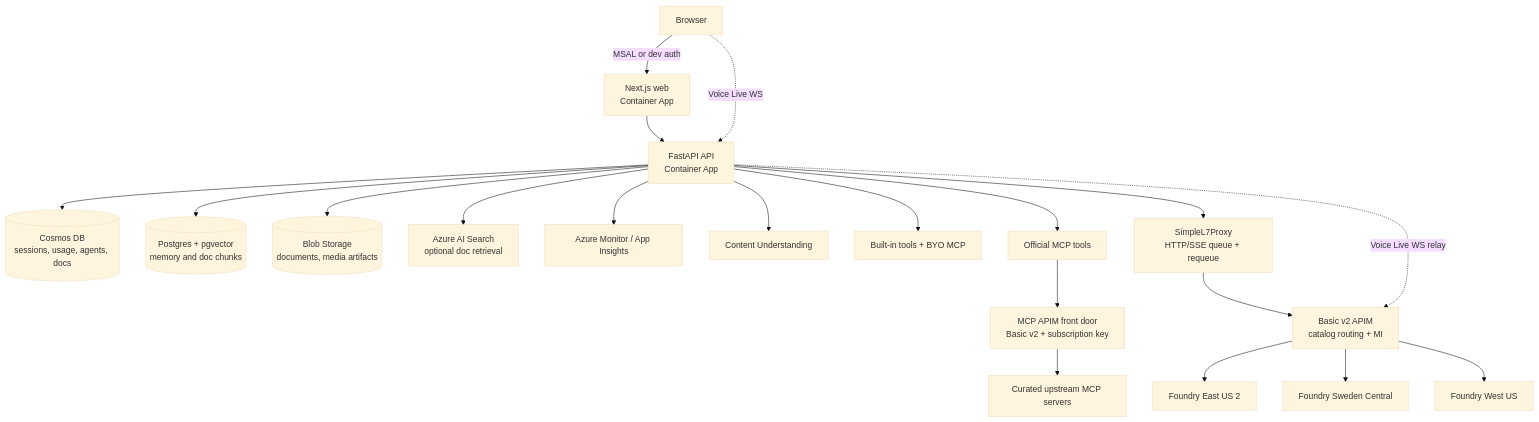
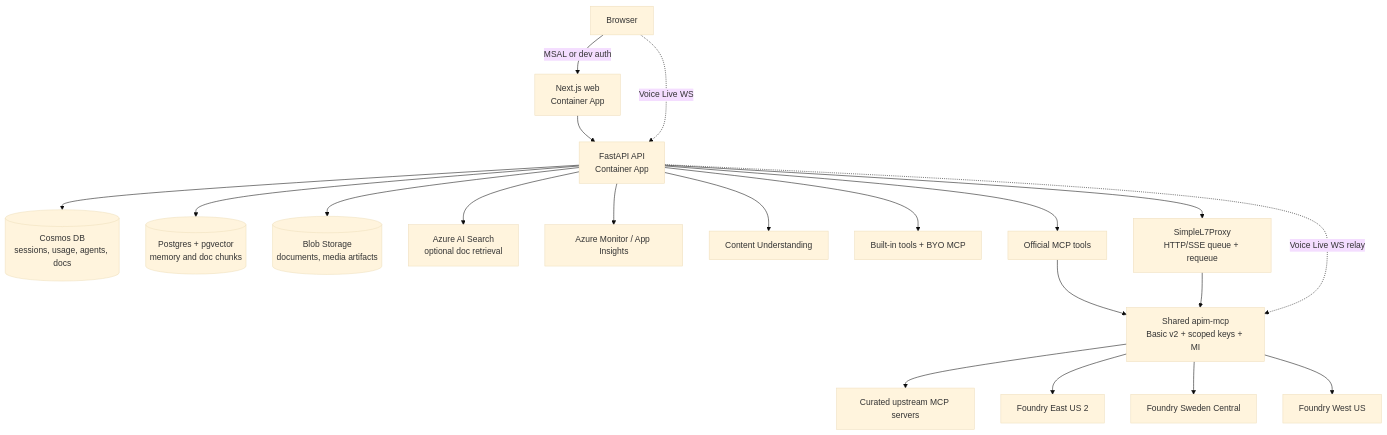
One commit to ian-t-adams/AI4IA changed the first of 5 diagrams in docs/architecture.md. Above: the diagram before and after it, drawn with Mermaid (base theme). The commit also changed other lines of this file and 24 other files, not shown here.

Commit message:
Fix shared Basic v2 APIM consolidation

````diff
--- a/docs/architecture.md
+++ b/docs/architecture.md
@@ -12,22 +12,22 @@
 ```mermaid
 flowchart TB
   User[Browser] -->|MSAL or dev auth| Web[Next.js web<br/>Container App]
   Web --> API[FastAPI API<br/>Container App]
   User -. Voice Live WS .-> API
   API --> Cosmos[(Cosmos DB<br/>sessions, usage, agents, docs)]
   API --> Pg[(Postgres + pgvector<br/>memory and doc chunks)]
   API --> Blob[(Blob Storage<br/>documents, media artifacts)]
   API --> Search[Azure AI Search<br/>optional doc retrieval]
   API --> Monitor[Azure Monitor / App Insights]
   API --> CU[Content Understanding]
   API --> Tools[Built-in tools + BYO MCP]
   API --> OffMCP[Official MCP tools]
-  OffMCP --> MCPGW[MCP APIM front door<br/>Basic v2 + subscription key]
-  MCPGW --> MCPUp[Curated upstream MCP servers]
+  OffMCP --> APIM[Shared apim-mcp<br/>Basic v2 + scoped keys + MI]
+  APIM --> MCPUp[Curated upstream MCP servers]
   API --> Proxy[SimpleL7Proxy<br/>HTTP/SSE queue + requeue]
-  Proxy --> APIM[Basic v2 APIM<br/>catalog routing + MI]
+  Proxy --> APIM
   API -. Voice Live WS relay .-> APIM
   APIM --> EUS2[Foundry East US 2]
   APIM --> SWC[Foundry Sweden Central]
   APIM --> WUS[Foundry West US]
 ```
````
